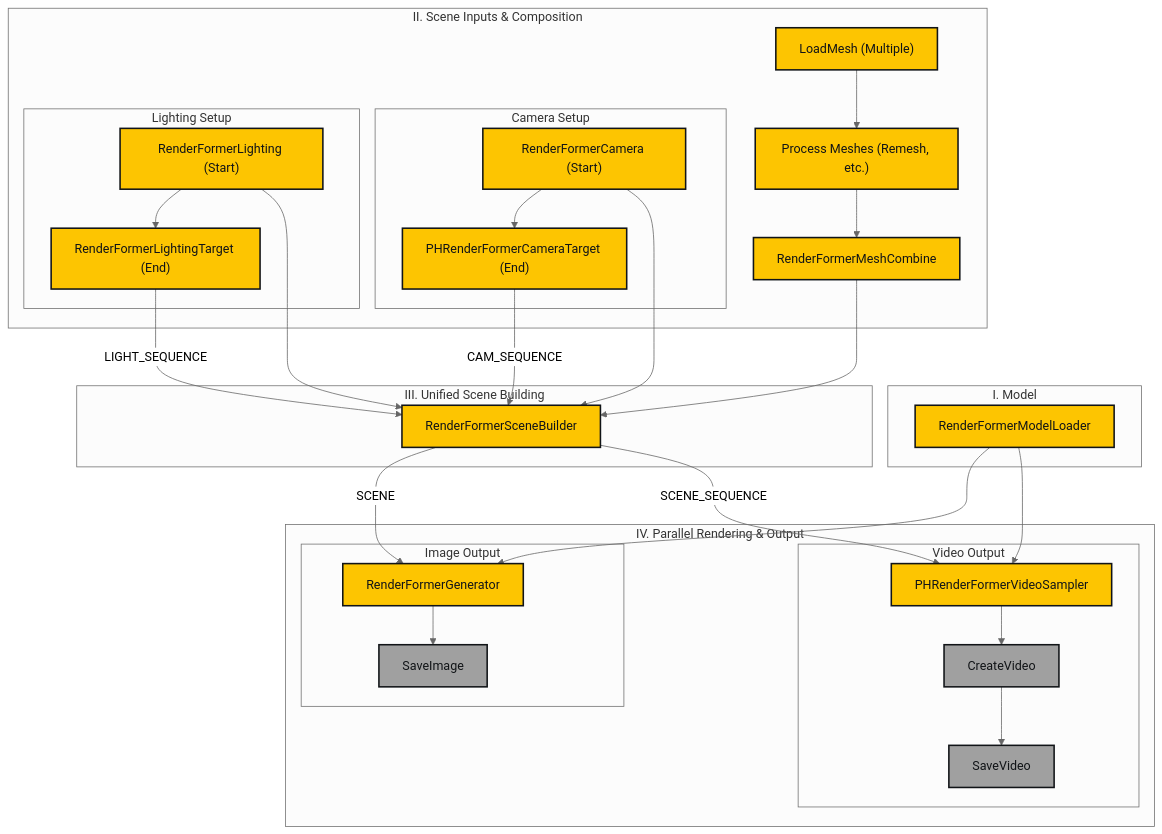
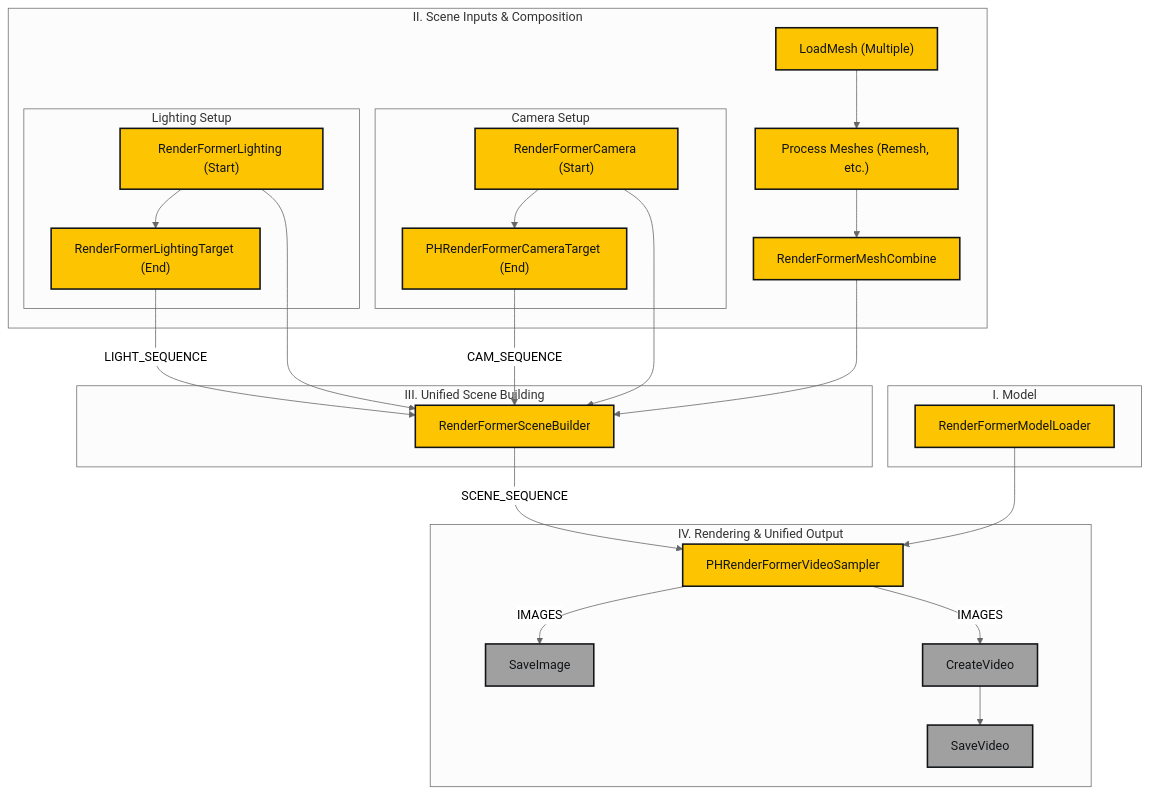
One commit to paulh4x/ComfyUI_PHRenderFormerWrapper changed the second of 2 diagrams in README.md. Above: the diagram before and after it, drawn with Mermaid (neutral theme). The commit also changed other lines of this file, not shown here.

````diff
--- a/README.md
+++ b/README.md
@@ -135,55 +135,47 @@
 ```mermaid
 graph TD
     subgraph "I. Model"
         ModelLoader["RenderFormerModelLoader"]
     end
 
     subgraph "II. Scene Inputs & Composition"
         InputMeshes["LoadMesh (Multiple)"] --> Process["Process Meshes (Remesh, etc.)"] --> MeshCombine["RenderFormerMeshCombine"]
         
         subgraph "Camera Setup"
             Camera["RenderFormerCamera (Start)"] --> CameraAnim["PHRenderFormerCameraTarget (End)"]
         end
         
         subgraph "Lighting Setup"
             Lighting["RenderFormerLighting (Start)"] --> LightAnim["RenderFormerLightingTarget (End)"]
         end
     end
 
     subgraph "III. Unified Scene Building"
         MeshCombine --> SceneBuilder["RenderFormerSceneBuilder"]
         Camera --> SceneBuilder
         Lighting --> SceneBuilder
         CameraAnim -- CAM_SEQUENCE --> SceneBuilder
         LightAnim -- LIGHT_SEQUENCE --> SceneBuilder
     end
 
-    subgraph "IV. Parallel Rendering & Output"
-        subgraph "Image Output"
-            SceneBuilder -- SCENE --> ImgGenerator["RenderFormerGenerator"]
-            ModelLoader --> ImgGenerator
-            ImgGenerator --> SaveImg["SaveImage"]
-        end
-
-        subgraph "Video Output"
-            SceneBuilder -- SCENE_SEQUENCE --> VidSampler["PHRenderFormerVideoSampler"]
-            ModelLoader --> VidSampler
-            VidSampler --> CreateVid["CreateVideo"] --> SaveVid["SaveVideo"]
-        end
+    subgraph "IV. Rendering & Unified Output"
+        ModelLoader --> VidSampler["PHRenderFormerVideoSampler"]
+        SceneBuilder -- SCENE_SEQUENCE --> VidSampler
+        VidSampler -- IMAGES --> SaveImg["SaveImage"]
+        VidSampler -- IMAGES --> CreateVid["CreateVideo"] --> SaveVid["SaveVideo"]
     end
 
     style ModelLoader fill:#FDC501,stroke:#111417,stroke-width:2px,color:#111417
     style InputMeshes fill:#FDC501,stroke:#111417,stroke-width:2px,color:#111417
     style Process fill:#FDC501,stroke:#111417,stroke-width:2px,color:#111417
     style MeshCombine fill:#FDC501,stroke:#111417,stroke-width:2px,color:#111417
     style Camera fill:#FDC501,stroke:#111417,stroke-width:2px,color:#111417
     style CameraAnim fill:#FDC501,stroke:#111417,stroke-width:2px,color:#111417
     style Lighting fill:#FDC501,stroke:#111417,stroke-width:2px,color:#111417
     style LightAnim fill:#FDC501,stroke:#111417,stroke-width:2px,color:#111417
     style SceneBuilder fill:#FDC501,stroke:#111417,stroke-width:2px,color:#111417
-    style ImgGenerator fill:#FDC501,stroke:#111417,stroke-width:2px,color:#111417
     style VidSampler fill:#FDC501,stroke:#111417,stroke-width:2px,color:#111417
     style SaveImg fill:#a0a0a0,stroke:#111417,stroke-width:2px,color:#111417
     style CreateVid fill:#a0a0a0,stroke:#111417,stroke-width:2px,color:#111417
     style SaveVid fill:#a0a0a0,stroke:#111417,stroke-width:2px,color:#111417
 ```
````
